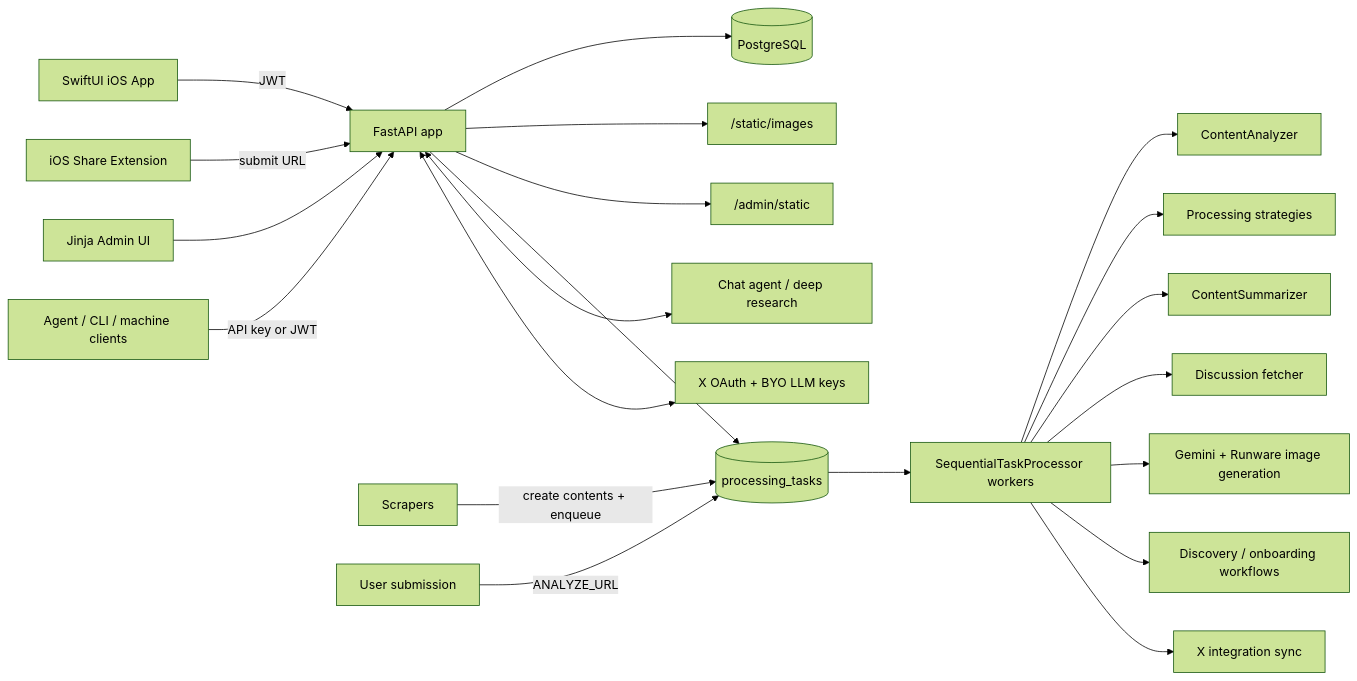
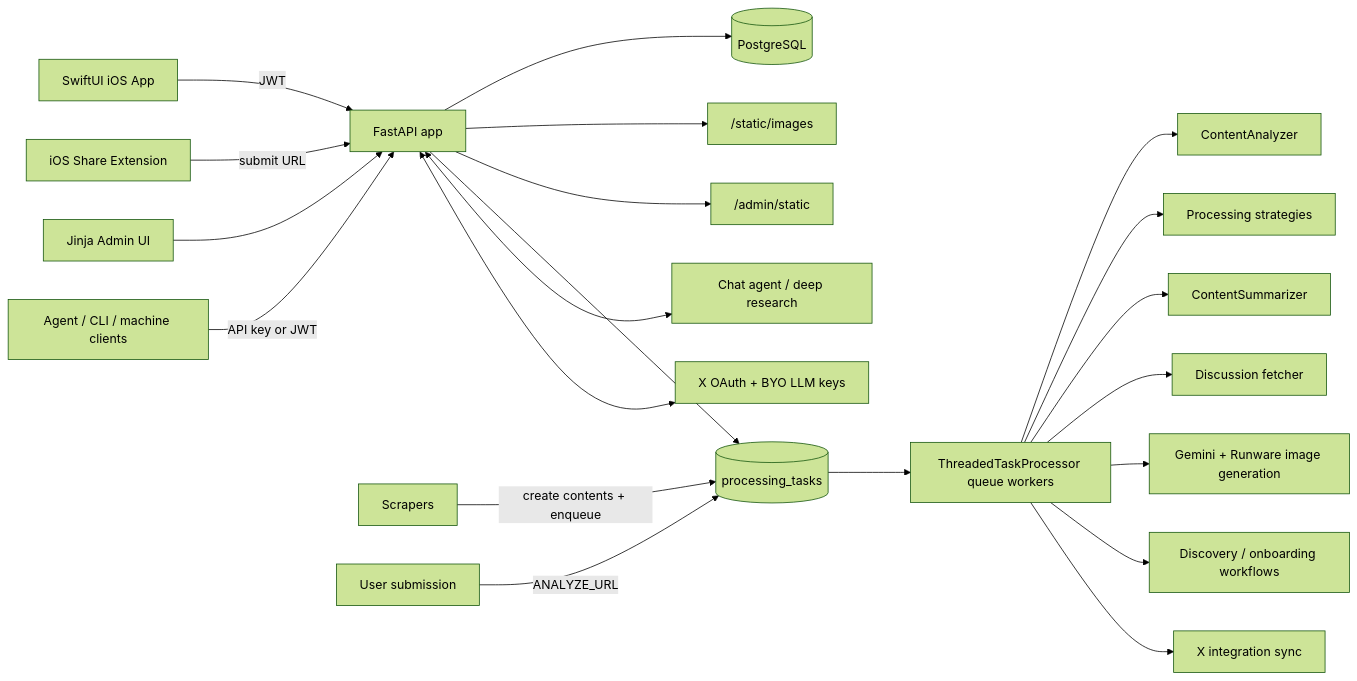
Before and after one commit to willemave/newsbuddy: the first of 2 diagrams in docs/architecture.md, drawn with Mermaid (forest theme). The commit also changed other lines of this file and 66 other files, not shown here.

````diff
--- a/docs/architecture.md
+++ b/docs/architecture.md
@@ -47,26 +47,26 @@
 ```mermaid
 flowchart LR
   iOS["SwiftUI iOS App"] -->|JWT| API["FastAPI app"]
   Share["iOS Share Extension"] -->|submit URL| API
   Admin["Jinja Admin UI"] --> API
   Agent["Agent / CLI / machine clients"] -->|API key or JWT| API
 
   API --> DB[(PostgreSQL)]
   API --> GeneratedImages["/static/images"]
   API --> AdminAssets["/admin/static"]
   API --> Queue[(processing_tasks)]
 
   Scrapers["Scrapers"] -->|create contents + enqueue| Queue
   Submit["User submission"] -->|ANALYZE_URL| Queue
-  Queue --> Workers["SequentialTaskProcessor workers"]
+  Queue --> Workers["ThreadedTaskProcessor queue workers"]
   Workers --> Analyzer["ContentAnalyzer"]
   Workers --> Strategies["Processing strategies"]
   Workers --> Summarizer["ContentSummarizer"]
   Workers --> Discussion["Discussion fetcher"]
   Workers --> ImageGen["Gemini + Runware image generation"]
   Workers --> Discovery["Discovery / onboarding workflows"]
   Workers --> XSync["X integration sync"]
 
   API <--> Chat["Chat agent / deep research"]
   API <--> Integrations["X OAuth + BYO LLM keys"]
 ```
````
